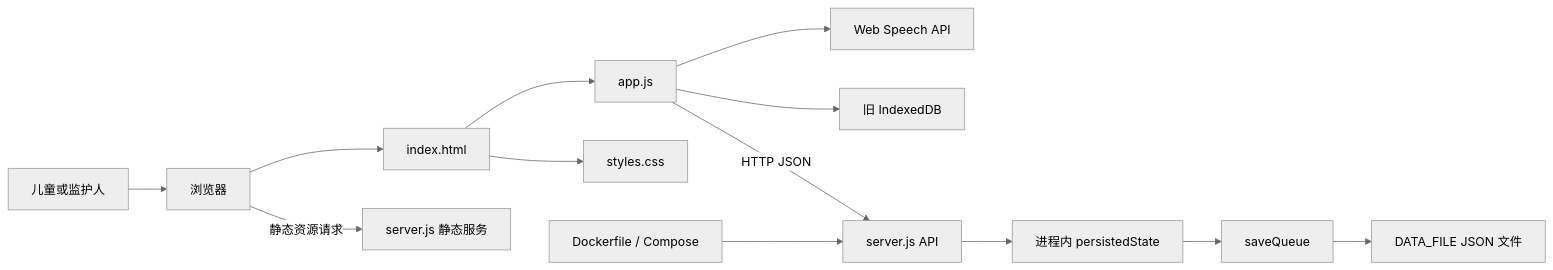
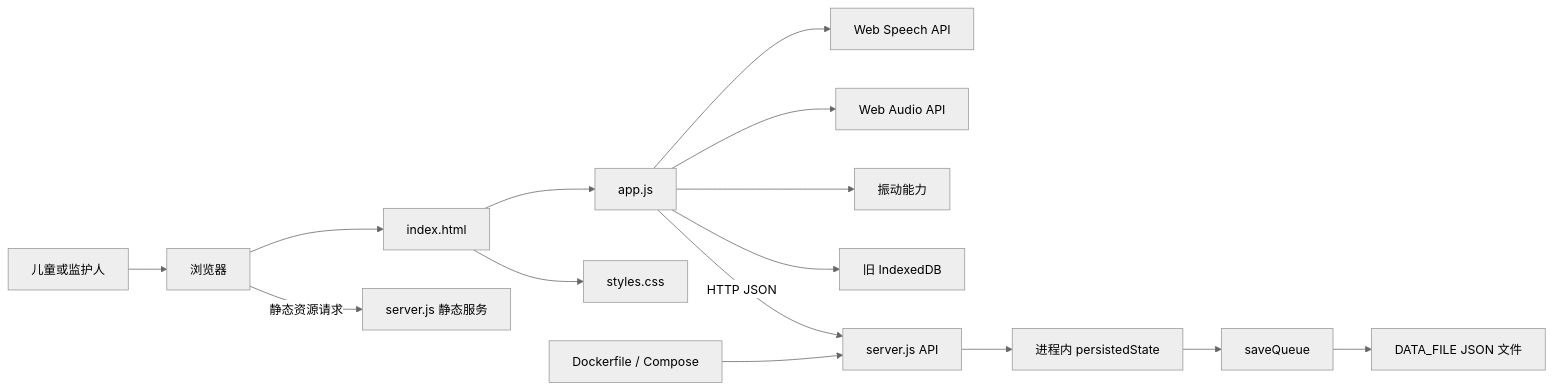
The first of 2 diagrams in docs/codinghub/architecture.md (guccang/yuanbao), drawn with Mermaid (neutral theme) before and after one commit. The commit also changed other lines of this file and 3 other files, not shown here.

Commit message:
codinghub(run_c640c0e5-5878-4561-8a47-d25679ff33a1): 已基于 README、前后端代码、Docker/Compose 与 CodingHub 配置更新四篇长期维护文档：补全项目概览、模块边界与 Mermaid 架构图、运行流程与 Mermaid 时序/流程图，以及开发、调试和风险说明；四个 Markdown 文件均已校验为 UTF-8 无 BOM，运行环境未安装 Node.js，故未能执行代码语法与服务冒烟验证。

````diff
--- a/docs/codinghub/architecture.md
+++ b/docs/codinghub/architecture.md
@@ -7,15 +7,17 @@
 ```mermaid
 flowchart LR
     User[儿童或监护人] --> Browser[浏览器]
     Browser --> HTML[index.html]
     HTML --> Client[app.js]
     HTML --> CSS[styles.css]
     Client --> Speech[Web Speech API]
+    Client --> Audio[Web Audio API]
+    Client --> Vibration[振动能力]
     Client --> Legacy[旧 IndexedDB]
     Client -->|HTTP JSON| API[server.js API]
     Browser -->|静态资源请求| Static[server.js 静态服务]
     API --> Memory[进程内 persistedState]
     Memory --> Queue[saveQueue]
     Queue --> File[DATA_FILE JSON 文件]
     Deploy[Dockerfile / Compose] --> API
 ```
````
